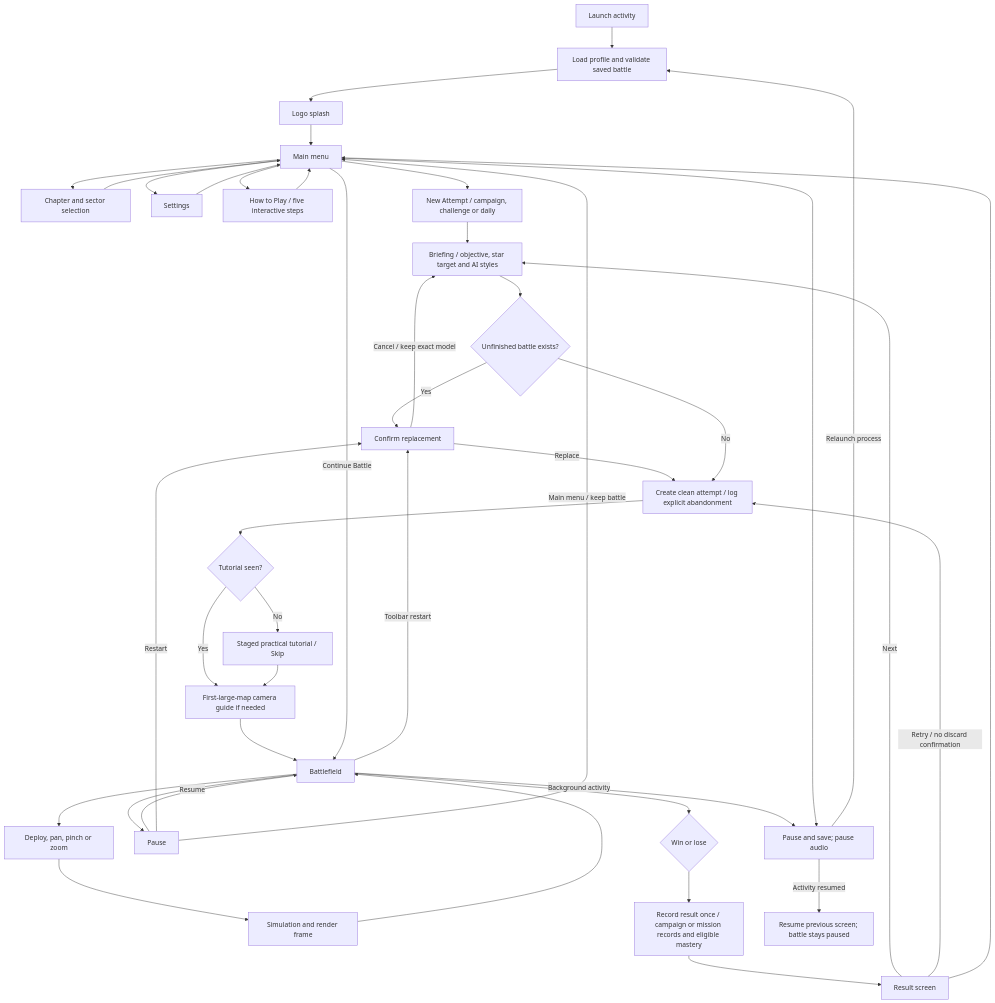
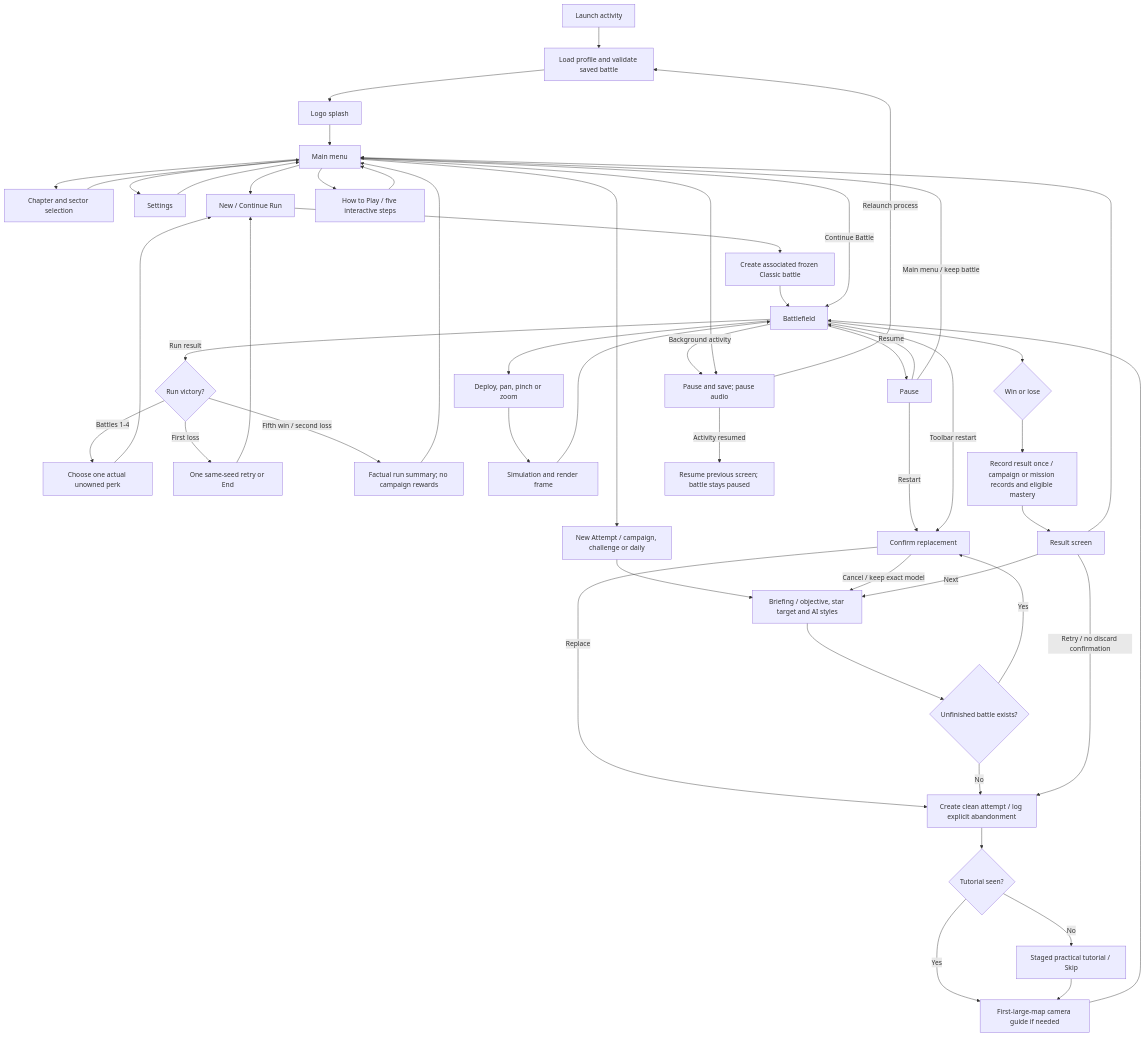
Before and after one commit to rohitashmathur/Frontline: the second of 3 diagrams in docs/architecture.md, drawn with Mermaid. The commit also changed other lines of this file and 21 other files, not shown here.

Commit message:
V11 phase 3: resumable five-battle Classic runs

````diff
--- a/docs/architecture.md
+++ b/docs/architecture.md
@@ -68,43 +72,53 @@
 ```mermaid
 flowchart TD
     Launch[Launch activity] --> Load[Load profile and validate saved battle]
     Load --> Splash[Logo splash]
     Splash --> Menu[Main menu]
     Menu --> Select[Chapter and sector selection]
     Select --> Menu
     Menu --> Settings[Settings]
+    Menu --> RunHome[New / Continue Run]
+    RunHome --> RunStart[Create associated frozen Classic battle]
+    RunStart --> Battle
+    Battle -->|Run result| RunResult{Run victory?}
+    RunResult -->|Battles 1-4| Council[Choose one actual unowned perk]
+    Council --> RunHome
+    RunResult -->|First loss| Retry[One same-seed retry or End]
+    Retry --> RunHome
+    RunResult -->|Fifth win / second loss| Summary[Factual run summary; no campaign rewards]
+    Summary --> Menu
     Settings --> Menu
     Menu --> How[How to Play / five interactive steps]
     How --> Menu
     Menu --> Play[New Attempt / campaign, challenge or daily]
     Play --> Brief[Briefing / objective, star target and AI styles]
     Brief --> Replace{Unfinished battle exists?}
     Replace -->|Yes| Confirm[Confirm replacement]
     Confirm -->|Cancel / keep exact model| Brief
     Confirm -->|Replace| Start[Create clean attempt / log explicit abandonment]
     Replace -->|No| Start
     Start --> First{Tutorial seen?}
     First -->|No| Tutorial[Staged practical tutorial / Skip]
     First -->|Yes| Guide[First-large-map camera guide if needed]
     Tutorial --> Guide
     Guide --> Battle[Battlefield]
     Menu -->|Continue Battle| Battle
     Battle --> Input[Deploy, pan, pinch or zoom]
     Input --> Frame[Simulation and render frame]
     Frame --> Battle
     Battle --> Pause[Pause]
     Pause -->|Resume| Battle
     Pause -->|Restart| Confirm
     Battle -->|Toolbar restart| Confirm
     Pause -->|Main menu / keep battle| Menu
     Battle --> End{Win or lose}
     End --> Record[Record result once / campaign or mission records and eligible mastery]
     Record --> Result[Result screen]
     Result -->|Next| Brief
     Result -->|Retry / no discard confirmation| Start
     Result --> Menu
     Battle -->|Background activity| Save[Pause and save; pause audio]
     Menu --> Save
     Save -->|Relaunch process| Load
     Save -->|Activity resumed| Previous[Resume previous screen; battle stays paused]
 ```
````
